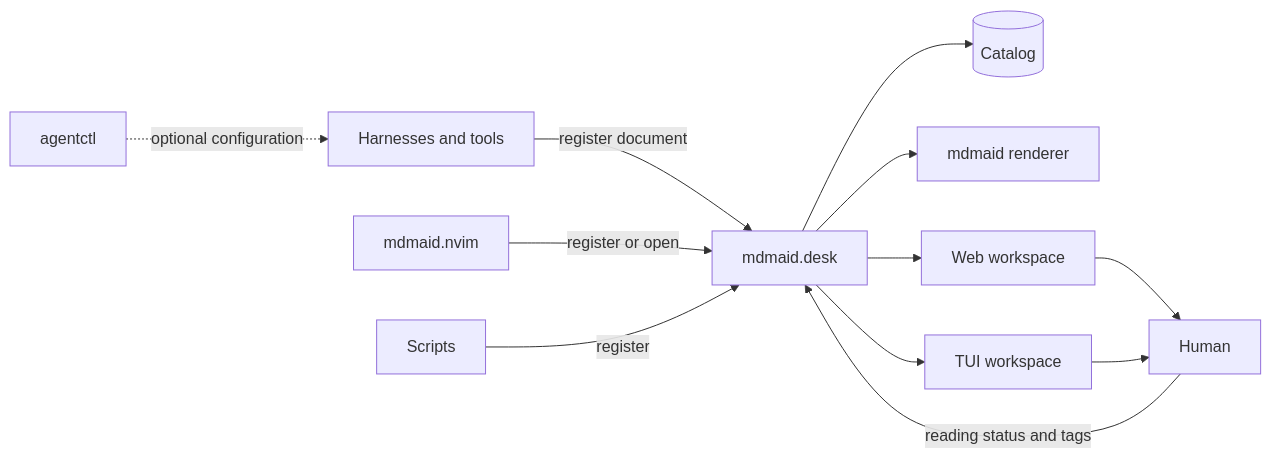
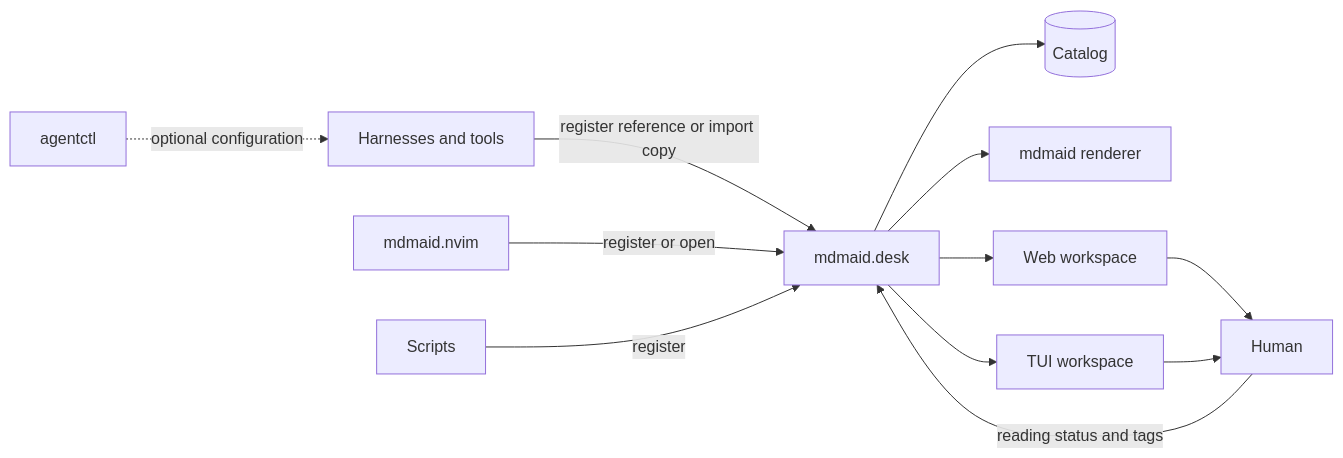
Before and after one commit to riidii-md/mdmaid.desk: the diagram in README.md, drawn with Mermaid. The commit also changed other lines of this file and 18 other files, not shown here.

````diff
--- a/README.md
+++ b/README.md
@@ -213,14 +233,14 @@
 ```mermaid
 flowchart LR
-    A[Harnesses and tools] -->|register document| S[mdmaid.desk]
+    A[Harnesses and tools] -->|register reference or import copy| S[mdmaid.desk]
     CFG[agentctl] -.->|optional configuration| A
     N[mdmaid.nvim] -->|register or open| S
     X[Scripts] -->|register| S
     S --> CAT[(Catalog)]
     S --> M[mdmaid renderer]
     S --> W[Web workspace]
     S --> T[TUI workspace]
     W --> H[Human]
     T --> H
     H -->|reading status and tags| S
 ```
````
